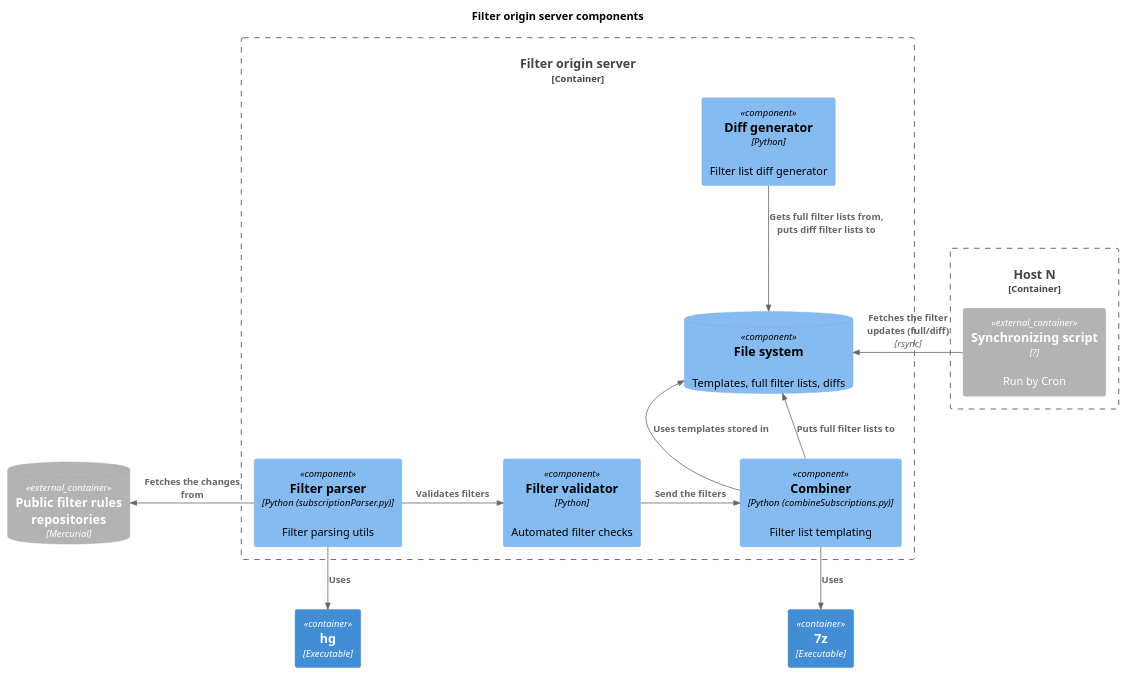
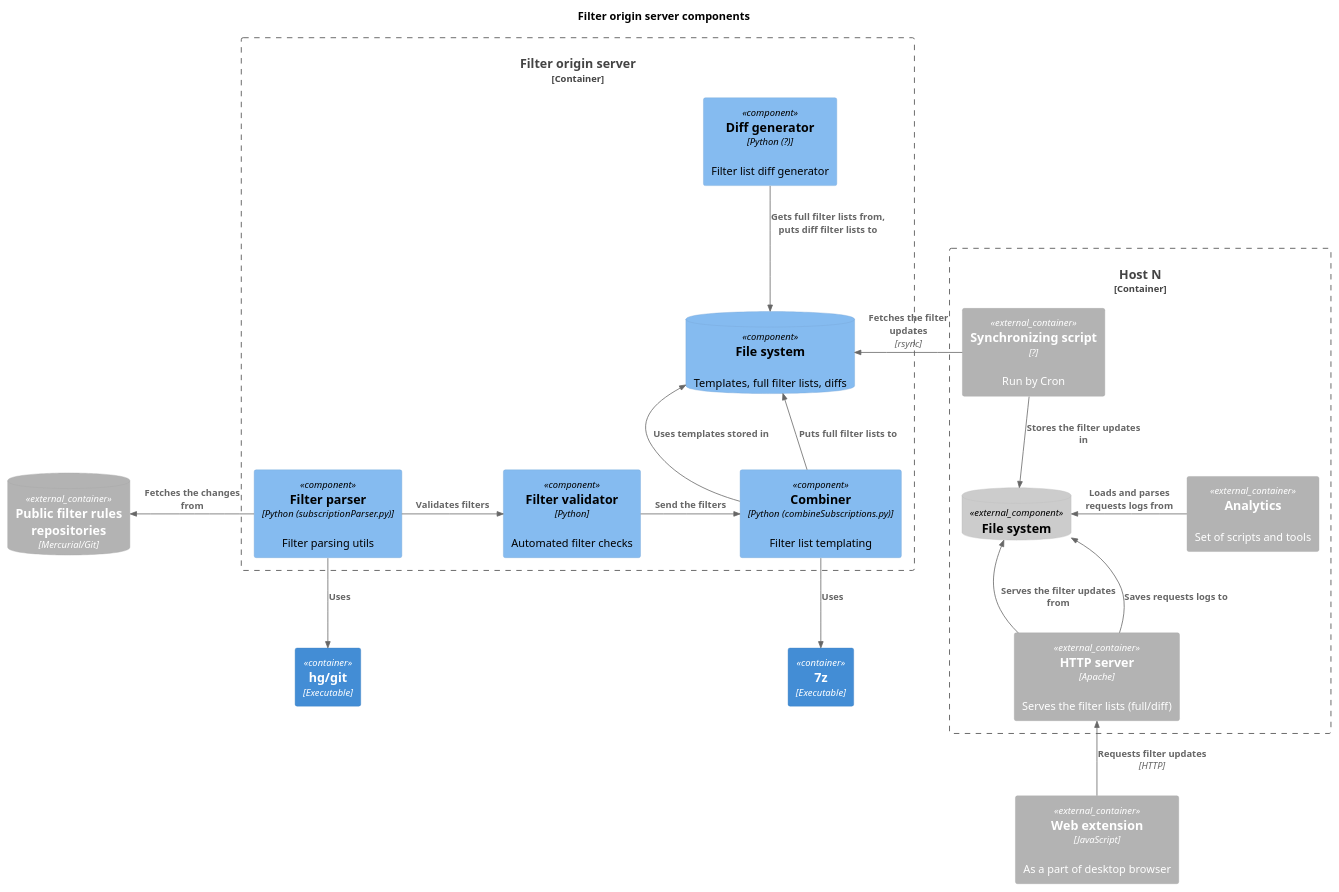
The diagram in components_filter_origin.puml (4ntoine/mv3_spec_c4), drawn with PlantUML before and after one commit. The commit also changed 3 other files, not shown here.

```diff
--- a/components_filter_origin.puml
+++ b/components_filter_origin.puml
@@ -1,37 +1,46 @@
 @startuml
 !include https://raw.githubusercontent.com/plantuml-stdlib/C4-PlantUML/master/C4_Container.puml
 !include https://raw.githubusercontent.com/plantuml-stdlib/C4-PlantUML/master/C4_Component.puml
 
 title Filter origin server components
 
 ' container itself
 Container_Boundary(webext, "Filter origin server") {
   ' core  
   Component(parser, "Filter parser", "Python (subscriptionParser.py)", "Filter parsing utils")
   Component(validator, "Filter validator", "Python", "Automated filter checks")
   ComponentDb(fileSystem, "File system", "", "Templates, full filter lists, diffs")
   Component(combiner, "Combiner", "Python (combineSubscriptions.py)", "Filter list templating")
-  Component(diffGenerator, "Diff generator", "Python", "Filter list diff generator")
+  Component(diffGenerator, "Diff generator", "Python (?)", "Filter list diff generator")
 }
 
 Container(compressor, "7z", "Executable")
-Container(cvs, "hg", "Executable")
+Container(cvs, "hg/git", "Executable")
 
 Container_Boundary(host, "Host N") {
   Container_Ext(syncScript, "Synchronizing script", "?", "Run by Cron")
+  ComponentDb_Ext(fileSystemHost, "File system", "", "")
+  Container_Ext(httpServer, "HTTP server", "Apache", "Serves the filter lists (full/diff)")
+  Container_Ext(analytics, "Analytics", "", "Set of scripts and tools")
 }
 
 ' external container
-ContainerDb_Ext(repo, "Public filter rules repositories", "Mercurial")
+ContainerDb_Ext(repo, "Public filter rules repositories", "Mercurial/Git")
+Container_Ext(webExt, "Web extension", "JavaScript", "As a part of desktop browser")
 
 ' relations
 Rel_D(parser, cvs, "Uses")
 Rel_L(parser, repo, "Fetches the changes from")
 Rel_R(parser, validator, "Validates filters")
 Rel_R(validator, combiner, "Send the filters")
 Rel_U(combiner, fileSystem, "Uses templates stored in")
 Rel_D(combiner, compressor, "Uses")
 Rel_U(combiner, fileSystem, "Puts full filter lists to")
 Rel_D(diffGenerator, fileSystem, "Gets full filter lists from, puts diff filter lists to")
-Rel_L(syncScript, fileSystem, "Fetches the filter updates (full/diff)", "rsync")
+Rel_L(syncScript, fileSystem, "Fetches the filter updates", "rsync")
+Rel_D(syncScript, fileSystemHost, "Stores the filter updates in")
+Rel_U(httpServer, fileSystemHost, "Serves the filter updates from")
+Rel_U(httpServer, fileSystemHost, "Saves requests logs to")
+Rel_L(analytics, fileSystemHost, "Loads and parses requests logs from")
+Rel_U(webExt, httpServer, "Requests filter updates", "HTTP")
 @enduml
```
